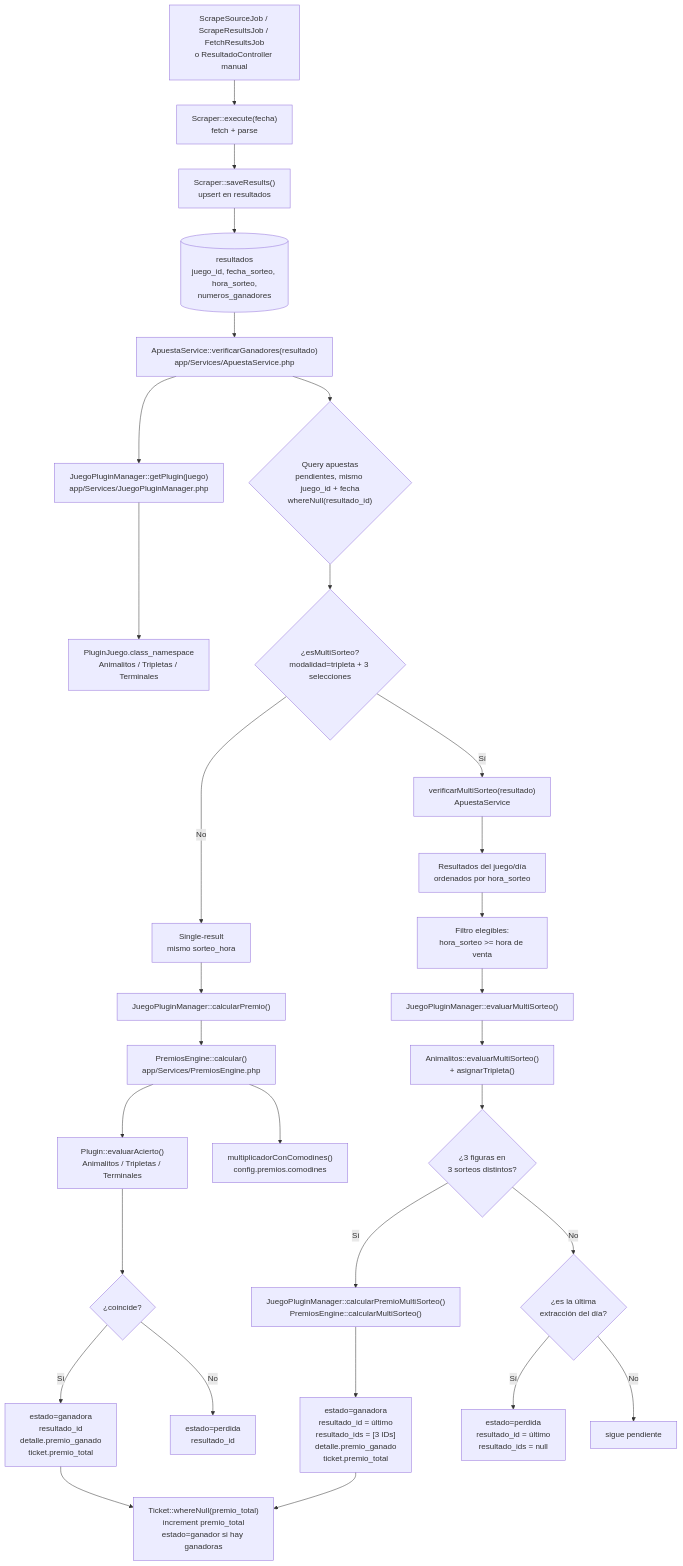
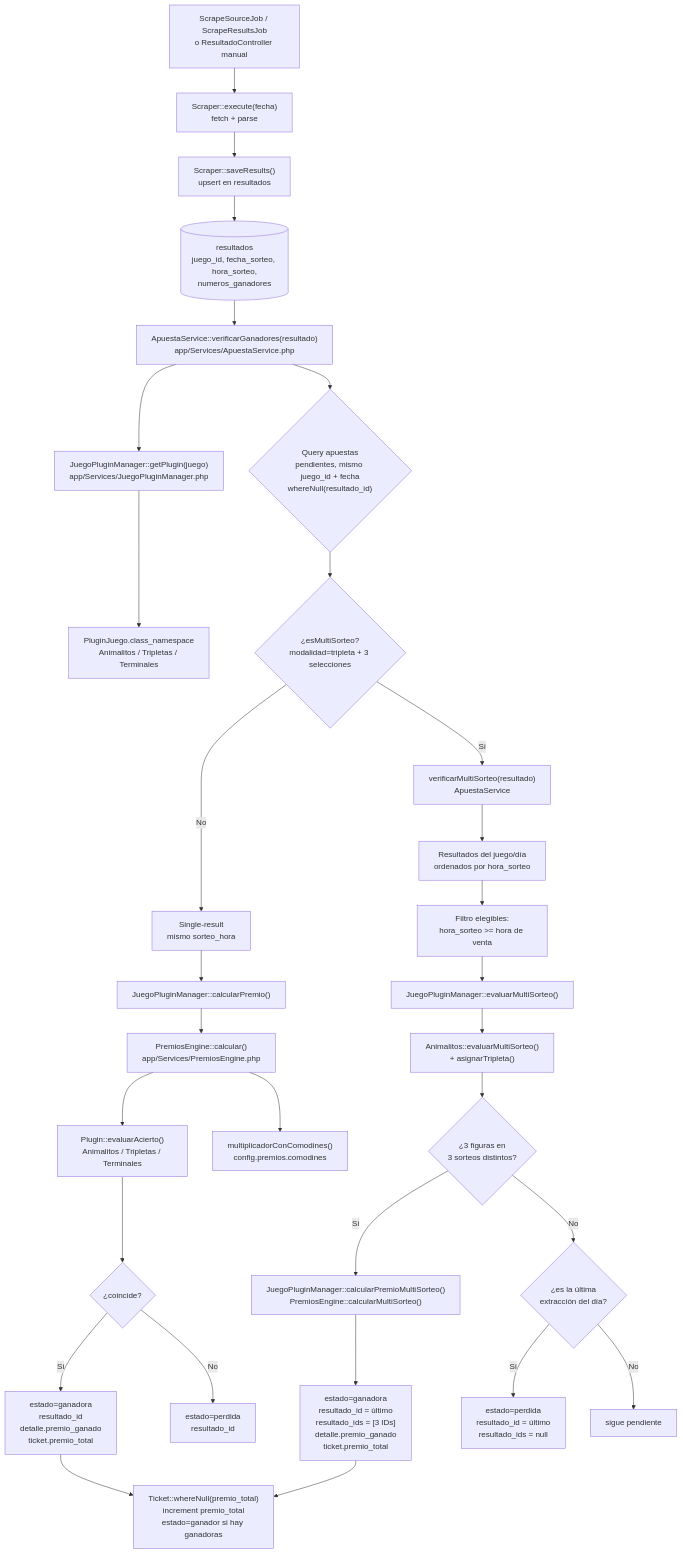
One commit to jmxsdev/lotto-app changed the first of 2 diagrams in docs/dev/arquitectura-backend.md. Above: the diagram before and after it, drawn with Mermaid. The commit also changed other lines of this file and 5 other files, not shown here.

Commit message:
chore(resultados): retira FetchResultsJob y ajusta cobertura de rutas (#81)

````diff
--- a/docs/dev/arquitectura-backend.md
+++ b/docs/dev/arquitectura-backend.md
@@ -270,37 +270,37 @@
 ```mermaid
 flowchart TD
-    A["ScrapeSourceJob / ScrapeResultsJob / FetchResultsJob<br/>o ResultadoController manual"] --> B["Scraper::execute(fecha)<br/>fetch + parse"]
+    A["ScrapeSourceJob / ScrapeResultsJob<br/>o ResultadoController manual"] --> B["Scraper::execute(fecha)<br/>fetch + parse"]
     B --> C["Scraper::saveResults()<br/>upsert en resultados"]
     C --> D[("resultados<br/>juego_id, fecha_sorteo, hora_sorteo,<br/>numeros_ganadores")]
 
     D --> E["ApuestaService::verificarGanadores(resultado)<br/>app/Services/ApuestaService.php"]
     E --> F["JuegoPluginManager::getPlugin(juego)<br/>app/Services/JuegoPluginManager.php"]
     F --> G["PluginJuego.class_namespace<br/>Animalitos / Tripletas / Terminales"]
 
     E --> H{"Query apuestas<br/>pendientes, mismo juego_id + fecha<br/>whereNull(resultado_id)"}
     H --> I{"¿esMultiSorteo?<br/>modalidad=tripleta + 3 selecciones"}
     I -- "No" --> J["Single-result<br/>mismo sorteo_hora"]
     I -- "Sí" --> K["verificarMultiSorteo(resultado)<br/>ApuestaService"]
 
     J --> L["JuegoPluginManager::calcularPremio()"]
     L --> M["PremiosEngine::calcular()<br/>app/Services/PremiosEngine.php"]
     M --> N["Plugin::evaluarAcierto()<br/>Animalitos / Tripletas / Terminales"]
     M --> O["multiplicadorConComodines()<br/>config.premios.comodines"]
     N --> P{"¿coincide?"}
     P -- "Sí" --> Q["estado=ganadora<br/>resultado_id<br/>detalle.premio_ganado<br/>ticket.premio_total"]
     P -- "No" --> R["estado=perdida<br/>resultado_id"]
 
     K --> S["Resultados del juego/día<br/>ordenados por hora_sorteo"]
     S --> T["Filtro elegibles:<br/>hora_sorteo >= hora de venta"]
     T --> U["JuegoPluginManager::evaluarMultiSorteo()"]
     U --> V["Animalitos::evaluarMultiSorteo()<br/>+ asignarTripleta()"]
     V --> W{"¿3 figuras en<br/>3 sorteos distintos?"}
     W -- "Sí" --> X["JuegoPluginManager::calcularPremioMultiSorteo()<br/>PremiosEngine::calcularMultiSorteo()"]
     X --> Y["estado=ganadora<br/>resultado_id = último<br/>resultado_ids = [3 IDs]<br/>detalle.premio_ganado<br/>ticket.premio_total"]
     W -- "No" --> Z{"¿es la última<br/>extracción del día?"}
     Z -- "Sí" --> AA["estado=perdida<br/>resultado_id = último<br/>resultado_ids = null"]
     Z -- "No" --> AB["sigue pendiente"]
 
     Q --> AC["Ticket::whereNull(premio_total)<br/>increment premio_total<br/>estado=ganador si hay ganadoras"]
     Y --> AC
 ```
````
